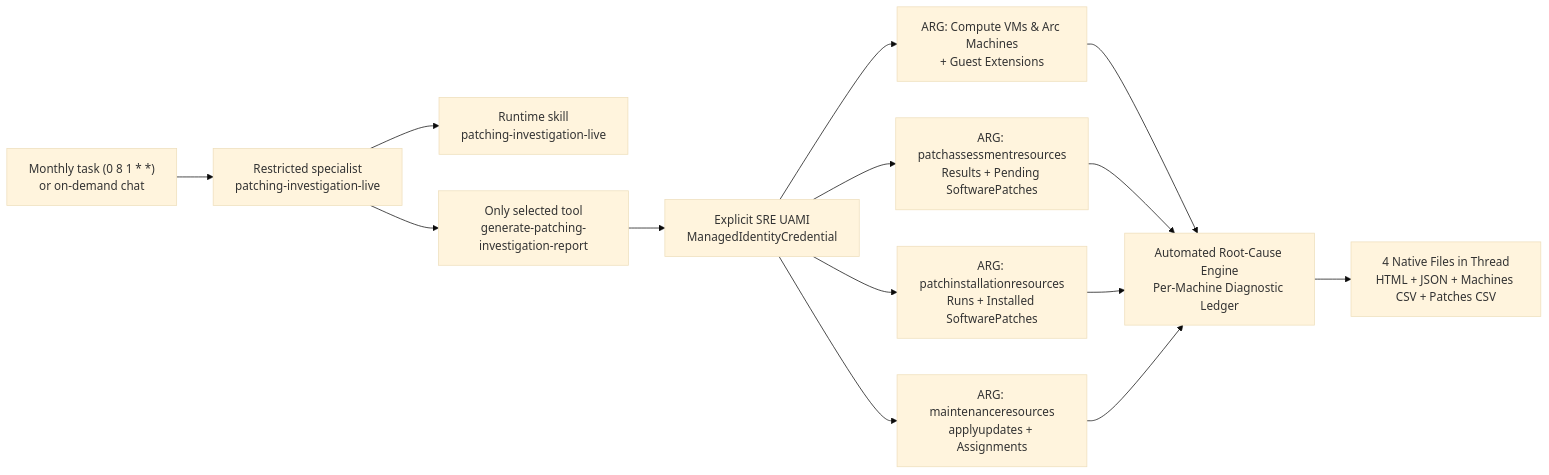
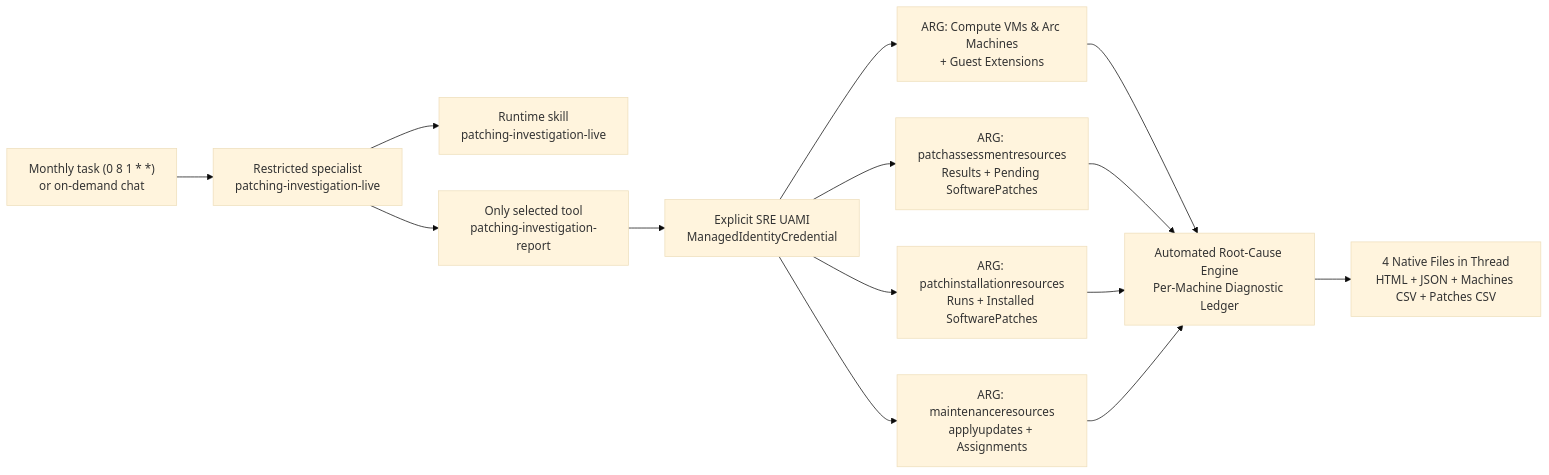
Before and after one commit to marioaguileraaa/sre-agent-use-cases: the diagram in 09-update-manager-patching-failure-investigation/README.md, drawn with Mermaid (base theme). The commit also changed other lines of this file and 26 other files, not shown here.

````diff
--- a/09-update-manager-patching-failure-investigation/README.md
+++ b/09-update-manager-patching-failure-investigation/README.md
@@ -16,16 +19,16 @@
 ```mermaid
 flowchart LR
     H["Monthly task (0 8 1 * *)<br/>or on-demand chat"] --> C["Restricted specialist<br/>patching-investigation-live"]
     C --> S["Runtime skill<br/>patching-investigation-live"]
-    C --> T["Only selected tool<br/>generate-patching-investigation-report"]
+    C --> T["Only selected tool<br/>patching-investigation-report"]
     T --> U["Explicit SRE UAMI<br/>ManagedIdentityCredential"]
     U --> A1["ARG: Compute VMs & Arc Machines<br/>+ Guest Extensions"]
     U --> A2["ARG: patchassessmentresources<br/>Results + Pending SoftwarePatches"]
     U --> A3["ARG: patchinstallationresources<br/>Runs + Installed SoftwarePatches"]
     U --> A4["ARG: maintenanceresources<br/>applyupdates + Assignments"]
     A1 --> E["Automated Root-Cause Engine<br/>Per-Machine Diagnostic Ledger"]
     A2 --> E
     A3 --> E
     A4 --> E
     E --> R["4 Native Files in Thread<br/>HTML + JSON + Machines CSV + Patches CSV"]
 ```
````
